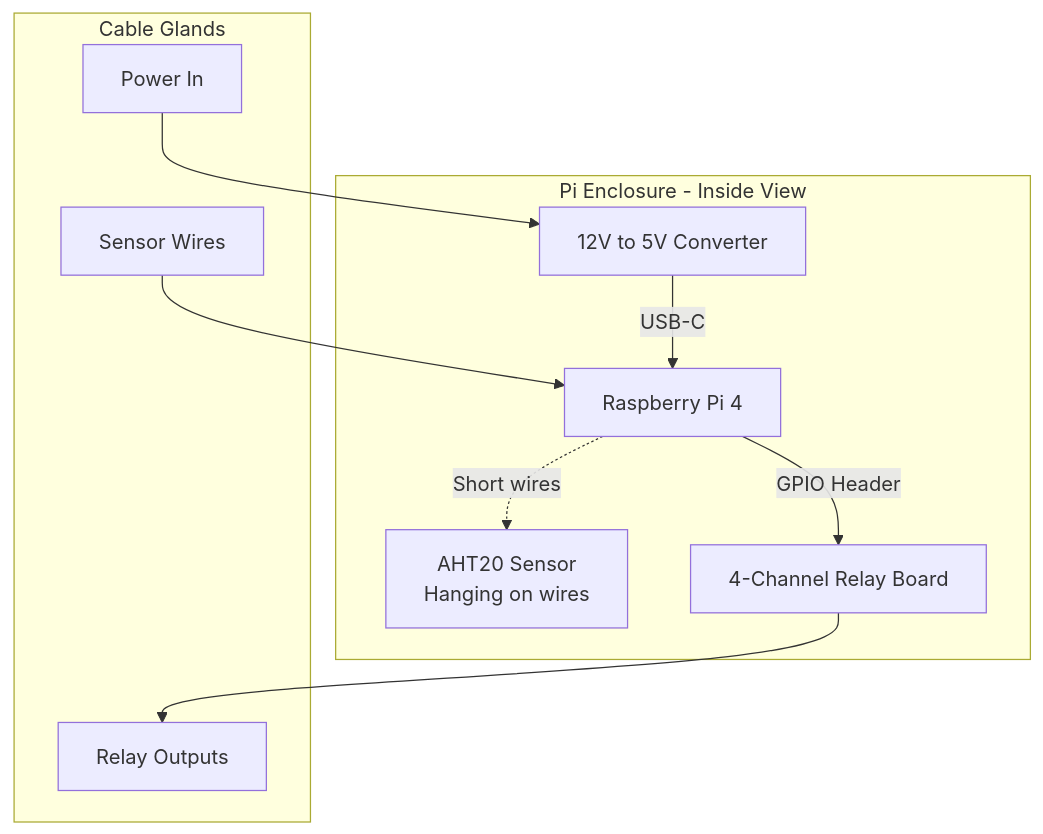
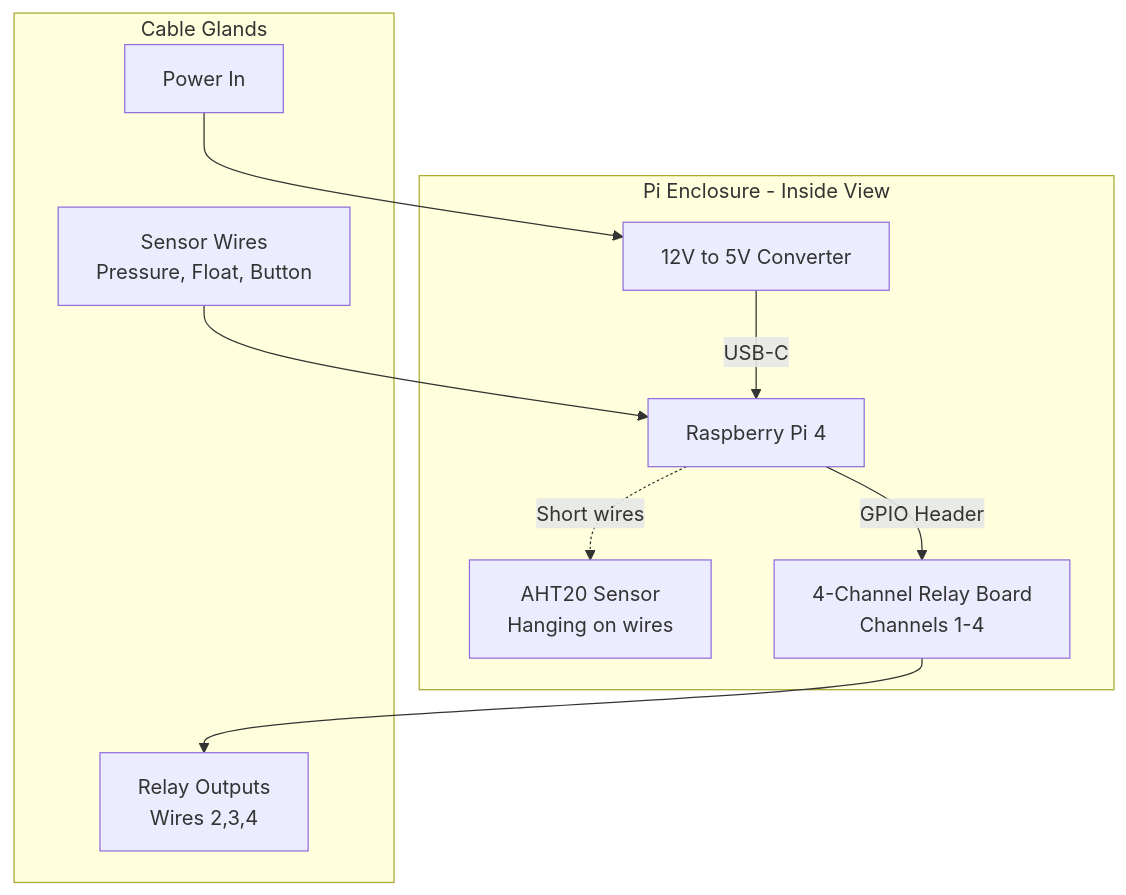
The seventh of 10 diagrams in overview.md (porttack/pumphouse), drawn with Mermaid before and after one commit. The commit also changed other lines of this file, not shown here.

````diff
--- a/overview.md
+++ b/overview.md
@@ -82,22 +264,22 @@
 ```mermaid
 graph TB
     subgraph "Pi Enclosure - Inside View"
         Pi[Raspberry Pi 4]
         Temp[AHT20 Sensor<br/>Hanging on wires]
         Power[12V to 5V Converter]
-        RelayBoard[4-Channel Relay Board]
+        RelayBoard[4-Channel Relay Board<br/>Channels 1-4]
     end
     
     subgraph "Cable Glands"
         CG1[Power In]
-        CG2[Sensor Wires]
-        CG3[Relay Outputs]
+        CG2[Sensor Wires<br/>Pressure, Float, Button]
+        CG3[Relay Outputs<br/>Wires 2,3,4]
     end
     
     Pi -.->|Short wires| Temp
     Power -->|USB-C| Pi
     Pi -->|GPIO Header| RelayBoard
     CG1 --> Power
     CG2 --> Pi
     RelayBoard --> CG3
 ```
````
